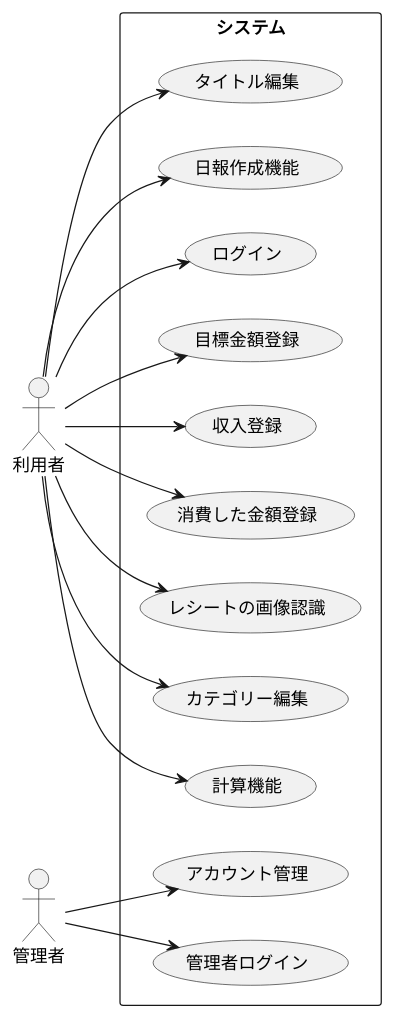
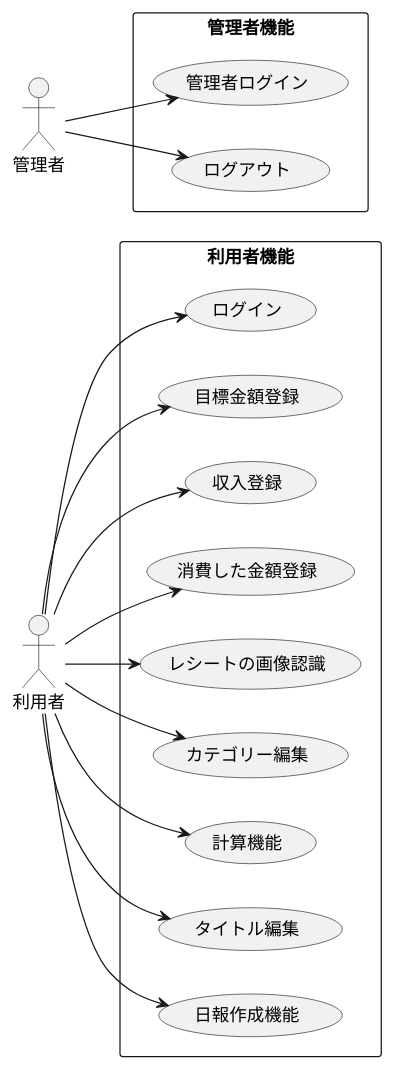
One commit to masakan590/uml-introduction changed the diagram in test.pu. Above: the diagram before and after it, drawn with PlantUML.

Commit message:
追加

```diff
--- a/test.pu
+++ b/test.pu
@@ -1,32 +1,38 @@
 @startuml
 left to right direction
 actor 利用者 as user
 actor 管理者 as admin
 
-rectangle システム {
+rectangle 利用者機能 {
   usecase ログイン as login
-  usecase 管理者ログイン as admin_login
   usecase 目標金額登録 as set_goal
   usecase 収入登録 as add_income
   usecase 消費した金額登録 as add_expense
   usecase レシートの画像認識 as image_recognition
   usecase カテゴリー編集 as manage_category
   usecase 計算機能 as calculations
   usecase タイトル編集 as edit_title
   usecase 日報作成機能 as create_report
-  usecase アカウント管理 as account_management
+  
   
   user --> login
   user --> set_goal
   user --> add_income
   user --> add_expense
   user --> image_recognition
   user --> manage_category
   user --> calculations
   user --> edit_title
   user --> create_report
-  admin --> admin_login
-  admin --> account_management
 }
 
+  rectangle 管理者機能 {
+  usecase 管理者ログイン as admin_login
+  usecase ログアウト as account_logout
+
+  admin --> admin_login
+  admin --> account_logout
+  
+
+}
 @enduml
```
